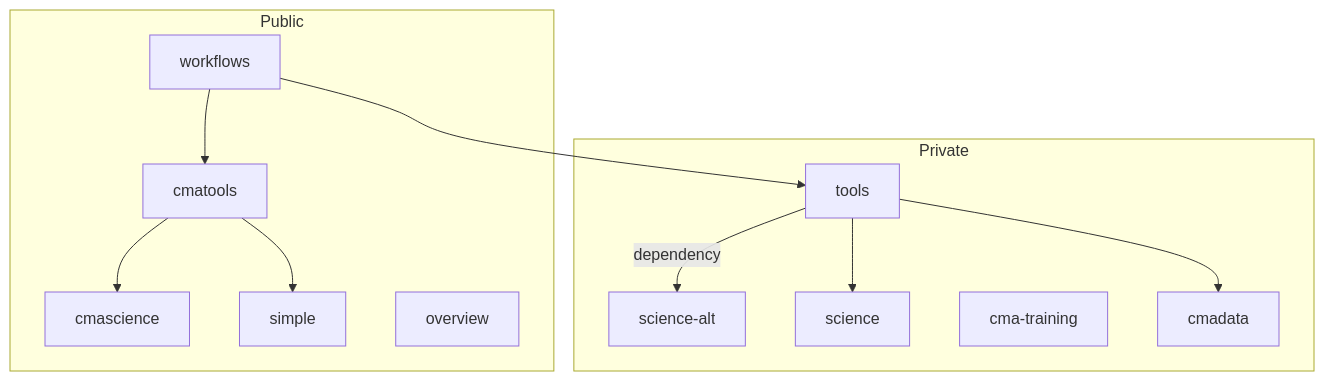
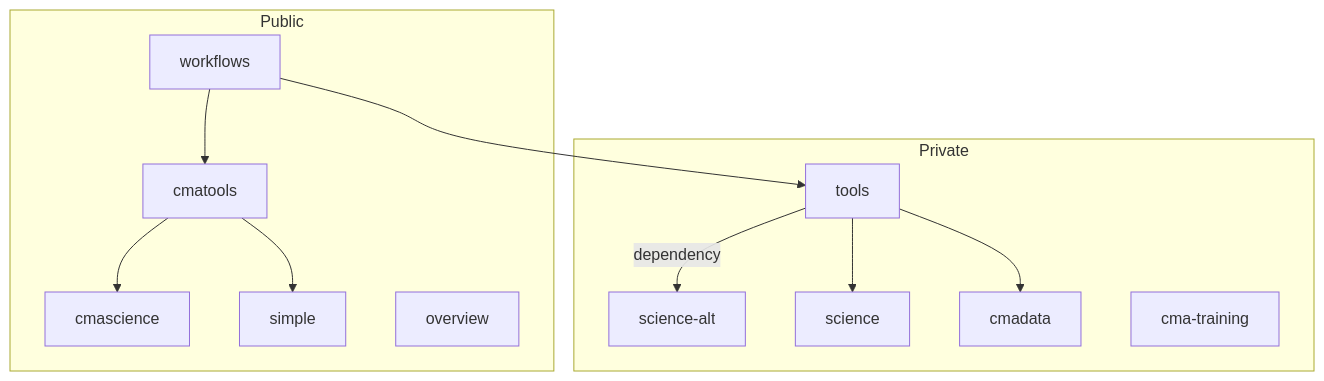
One commit to cma-open/overview changed the diagram in README.md. Above: the diagram before and after it, drawn with Mermaid. The commit also changed other lines of this file, not shown here.

````diff
--- a/README.md
+++ b/README.md
@@ -10,26 +10,26 @@
 ```mermaid
 flowchart TB
  subgraph Public
     workflows
       click workflows "https://github.com/cma-open/workflows" "Link to workflows repo"
     workflows-->cmatools
     cmatools-->cmascience
     cmatools-->simple
     click cmatools "https://github.com/cma-open/cmatools" "Link to cmatools"
     overview
       click overview "https://github.com/cma-open/overview" "Link to overview repo"
       click cmascience "https://github.com/cma-open/cmascience" "Link to cmascience repo"
     end
     subgraph Private
     workflows-->tools
     tools-->|dependency|science-alt
       click science-alt "https://github.com/cma-open/science-alt" "Link to scient-alt repo"
     tools-->science
     click science "https://github.com/cma-open/science" "Link to science repo"
     click tools "https://github.com/cma-open/tools" "Link to science repo"
+    tools-->cmadata
+    click cmadata "https://github.com/cma-open/cmadata" "Link to cmadata repo"
     cma-training
       click cma-training "https://github.com/cma-open/cma-training" "Link to training repo"
-    tools-->cmadata
-    click cmadata "https://github.com/cma-open/cmadata" "Link to cmadata repo"
     end
 ```
````
